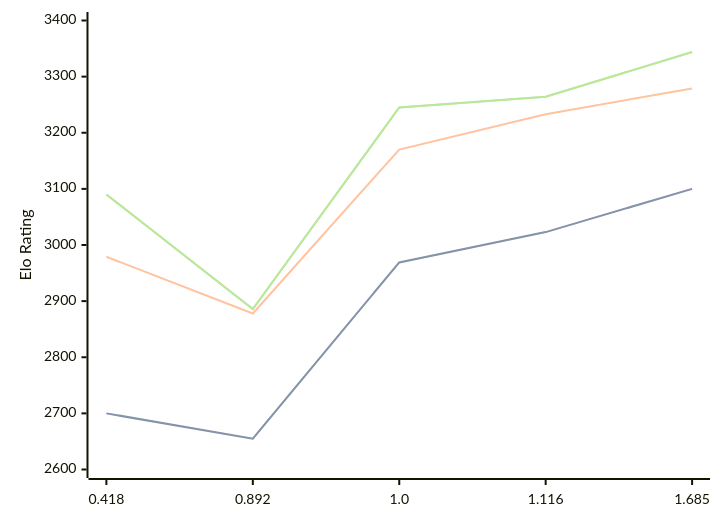
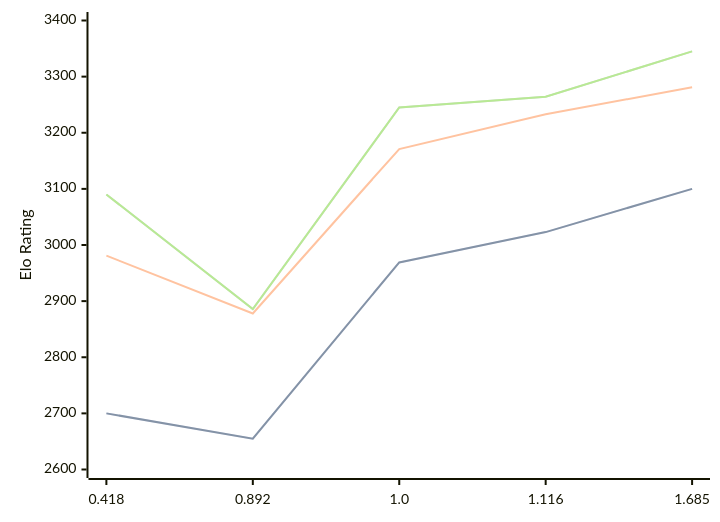
One commit to computer-chess-index/cci changed the diagram in engines/Malika.md. Above: the diagram before and after it, drawn with Mermaid. The commit also changed other lines of this file, not shown here.

Commit message:
Update CCI Ratings (ELO VLTC) - 2026-08-05

````diff
--- a/engines/Malika.md
+++ b/engines/Malika.md
@@ -35,11 +35,11 @@
 ```mermaid
 %%{init: {"theme":"base","themeVariables":{"seriesColors:['#a3a3a3','#222221','#faa371']}}}%%
 xychart-beta
   x-axis ["0.418", "0.892", "1.0", "1.116", "1.685"]
   y-axis "Elo Rating" 2600 --> 3400
   line "STC (8.0+0.08s)" [2700, 2655, 2969, 3023, 3100]
   line "STC (8.0+0.08s)" [2700, 2655, 2969, 3023, 3100]
-  line "LTC (60.0+0.60s)" [2979, 2878, 3170, 3233, 3279]
-  line "VLTC (2m24s+1.12s)" [3090, 2886, 3245, 3264, 3344]
-  line "VLTC (2m24s+1.12s)" [3090, 2886, 3245, 3264, 3344]
+  line "LTC (60.0+0.60s)" [2981, 2878, 3171, 3233, 3281]
+  line "VLTC (2m24s+1.12s)" [3090, 2886, 3245, 3264, 3345]
+  line "VLTC (2m24s+1.12s)" [3090, 2886, 3245, 3264, 3345]
 ```
````
